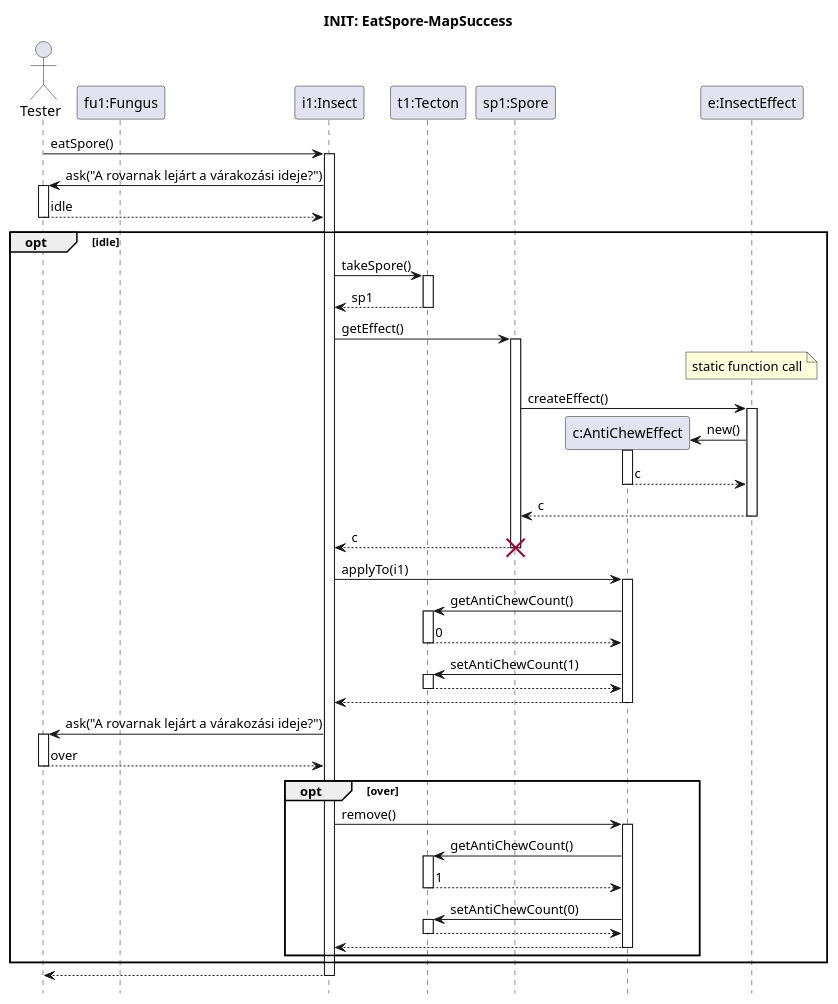
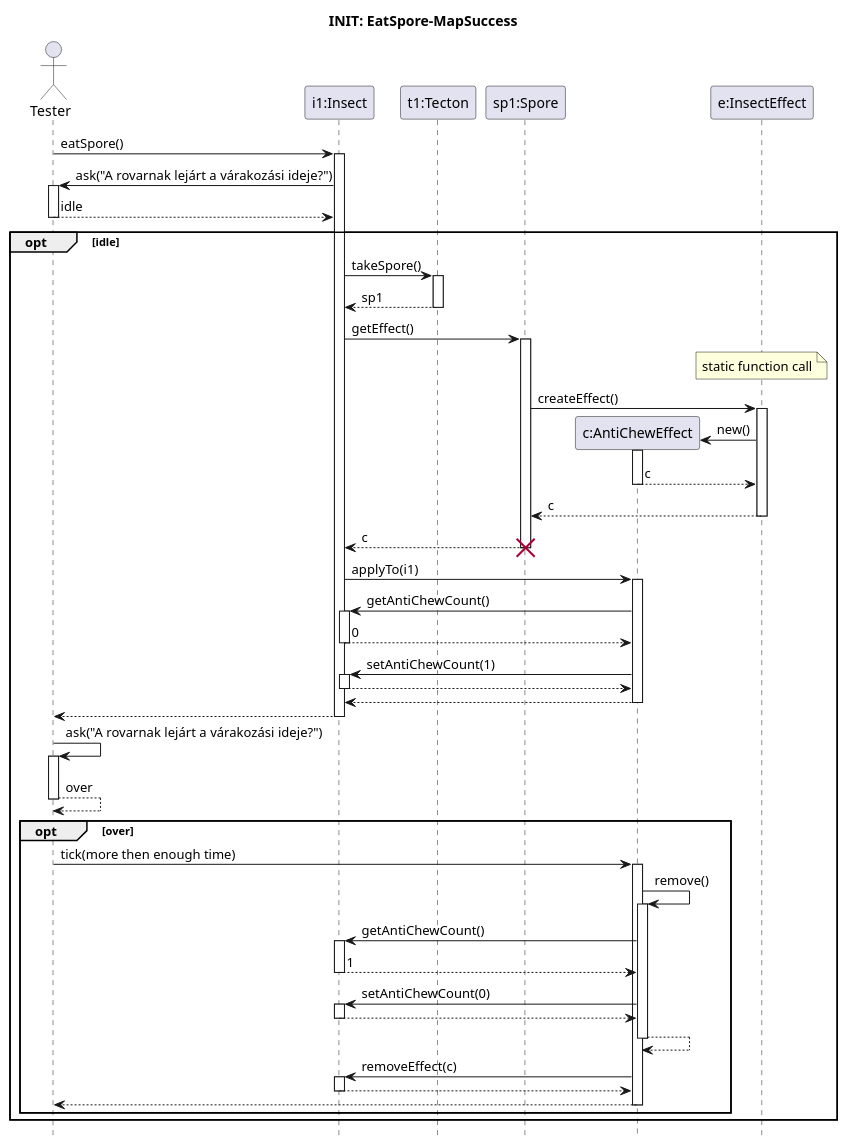
Before and after one commit to ZD4ve/projlab-error521: the diagram in Skeleton/Eat-spore/get-anticheweffect.pu, drawn with PlantUML. The commit also changed 2 other files, not shown here.

Commit message:
fixed eat-spore diagrams

```diff
--- a/Skeleton/Eat-spore/get-anticheweffect.pu
+++ b/Skeleton/Eat-spore/get-anticheweffect.pu
@@ -1,79 +1,87 @@
 @startuml Eat-spore/get-get-anticheweffect
 hide footbox
 
 title INIT: EatSpore-MapSuccess
 
 actor Tester as S
 
-participant "fu1:Fungus" as fu1
 participant "i1:Insect" as i1
 participant "t1:Tecton" as t1
 participant "sp1:Spore" as sp1
 participant "c:AntiChewEffect" as c
 participant "e:InsectEffect" as e
 
 S -> i1 : eatSpore()
 activate i1
 
 S <- i1 : ask("A rovarnak lejárt a várakozási ideje?")
 activate S
 return idle
 
 opt idle
     i1 -> t1 : takeSpore()
     activate t1
 
     return sp1
 
     i1 -> sp1 : getEffect()
     note over e : static function call
     activate sp1
 
     sp1 -> e : createEffect()
     activate e
 
     create c
     e -> c : new()
     activate c
 
     return c
 
     return c
     return c
     destroy sp1
 
     i1 -> c : applyTo(i1)
     activate c
-    c -> t1 : getAntiChewCount()
-    activate t1
+    c -> i1 : getAntiChewCount()
+    activate i1
     return 0
 
-    c -> t1 : setAntiChewCount(1)
-    activate t1
+    c -> i1 : setAntiChewCount(1)
+    activate i1
+    return
+
     return
 
     return
     
-    i1 -> S : ask("A rovarnak lejárt a várakozási ideje?")
+    S -> S : ask("A rovarnak lejárt a várakozási ideje?")
     activate S
     return over
 
     opt over
-        i1 -> c : remove()
+        S -> c : tick(more then enough time)
+        activate c
+
+        c -> c : remove()
         activate c
         
-        c -> t1 : getAntiChewCount()
-        activate t1
+        c -> i1 : getAntiChewCount()
+        activate i1
         return 1
 
-        c -> t1 : setAntiChewCount(0)
-        activate t1
+        c -> i1 : setAntiChewCount(0)
+        activate i1
+        return
+
+        return
+
+        c -> i1 : removeEffect(c)
+        activate i1
         return
 
         return    
     end
 end
 
-return
-
 @enduml
```
